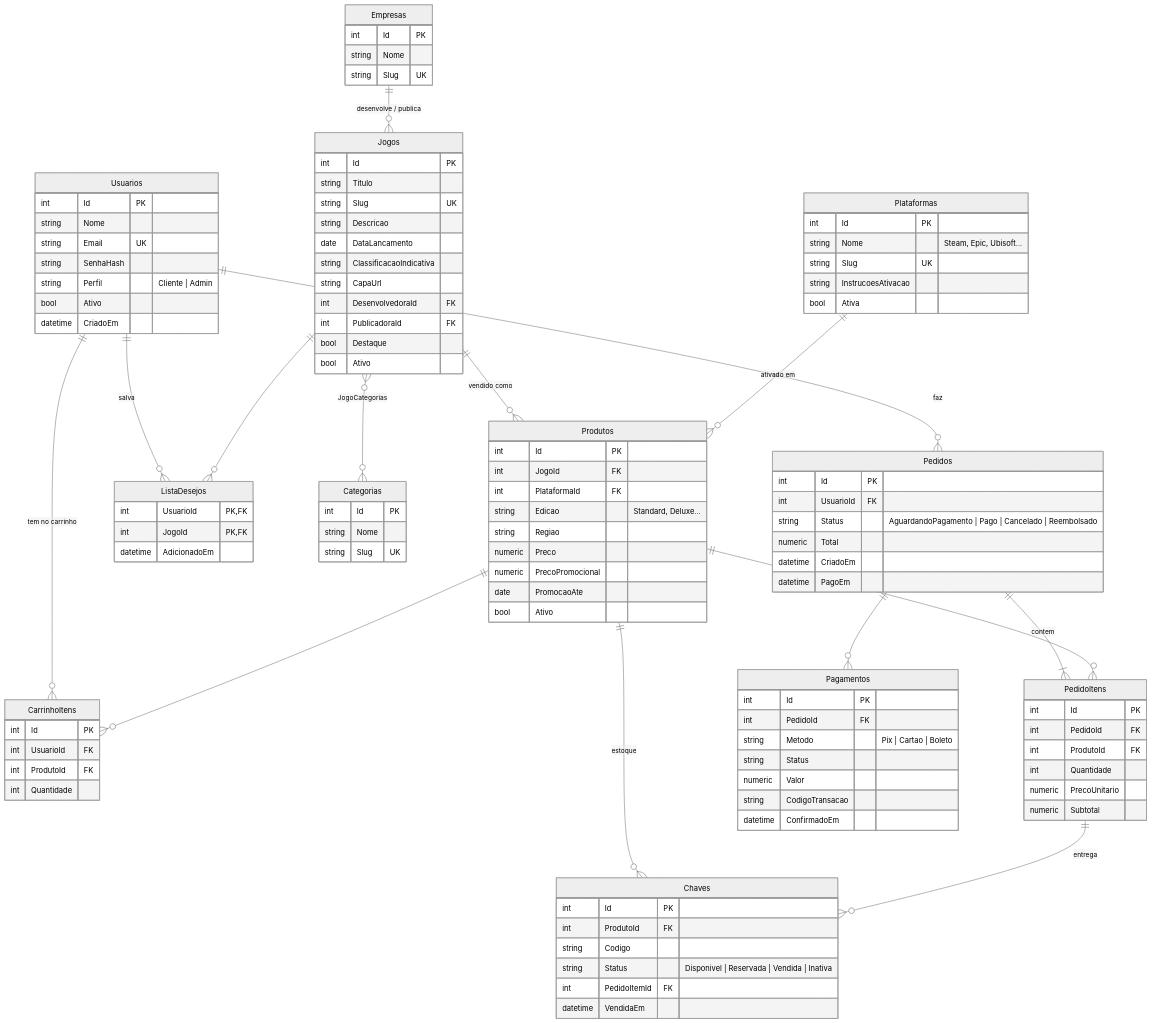
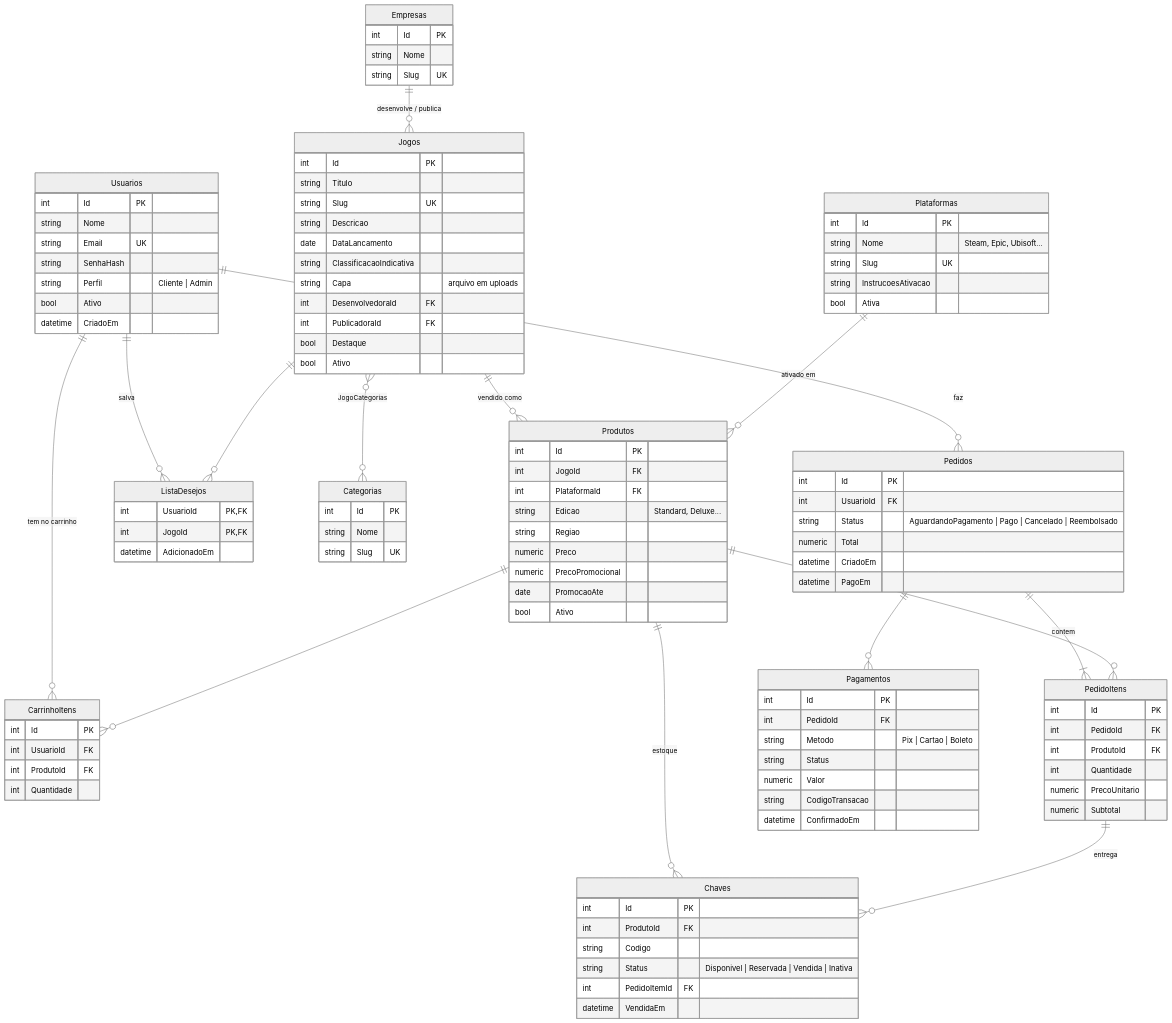
One commit to viniciusdepaula25/clouud changed the second of 2 diagrams in docs/modelo-de-dados.md. Above: the diagram before and after it, drawn with Mermaid (neutral theme). The commit also changed other lines of this file and 44 other files, not shown here.

```diff
--- a/docs/modelo-de-dados.md
+++ b/docs/modelo-de-dados.md
@@ -113,7 +115,7 @@
         string Descricao
         date DataLancamento
         string ClassificacaoIndicativa
-        string CapaUrl
+        string Capa "arquivo em uploads"
         int DesenvolvedoraId FK
         int PublicadoraId FK
         bool Destaque
```
